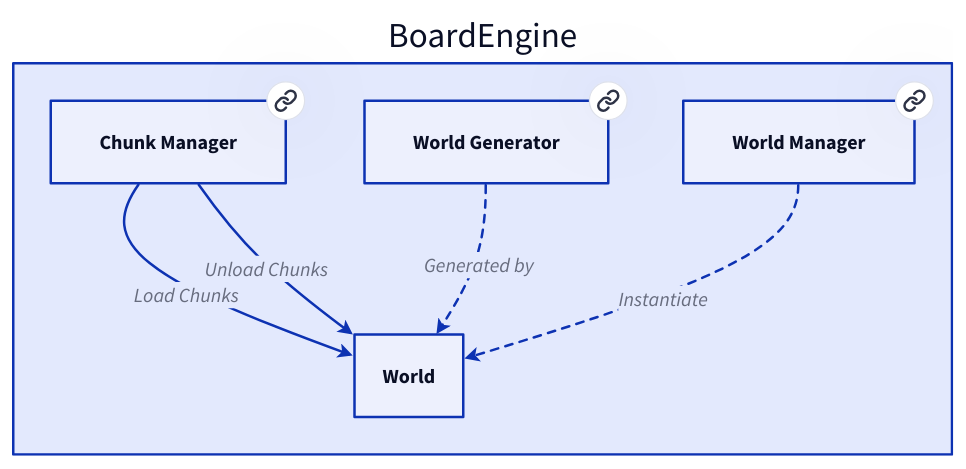
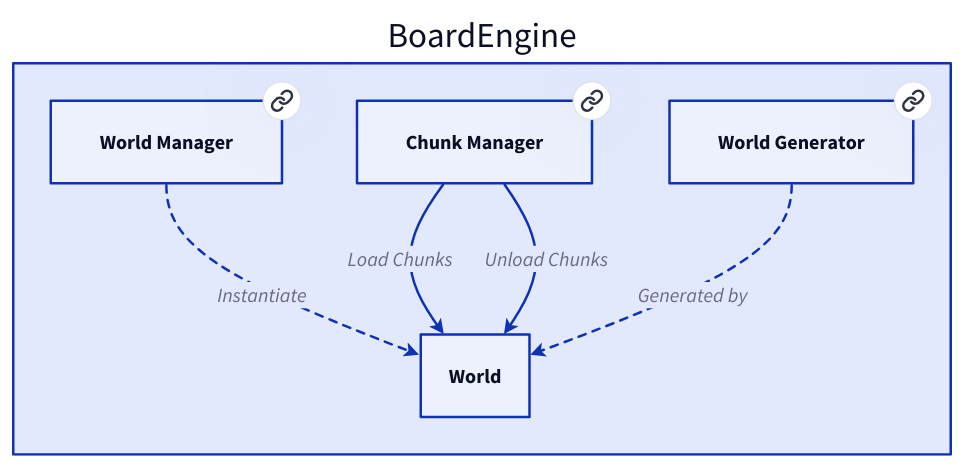
One commit to Portevent/Brume-Documentation changed the diagram in doc/BoardEngine/World.md. Above: the diagram before and after it, drawn with D2. The commit also changed other lines of this file and 90 other files, not shown here.

````diff
--- a/doc/BoardEngine/World.md
+++ b/doc/BoardEngine/World.md
@@ -11,33 +11,33 @@
 ```d2
 # Nodes :
 BoardEngine: {
-    ChunkManager: Chunk Manager {
-       link: ChunkManager
+    WorldGenerator: World Generator {
+       link: WorldGenerator
     }
     WorldManager: World Manager {
        link: WorldManager
     }
-    WorldGenerator: World Generator {
-       link: WorldGenerator
+    ChunkManager: Chunk Manager {
+       link: ChunkManager
     }
 }
 
 # Links :
+BoardEngine.WorldManager -> BoardEngine.World: Instantiate {style.stroke-dash: 3
+source-arrowhead: {}
+target-arrowhead: {shape: arrow}
+}
 BoardEngine.ChunkManager -> BoardEngine.World: Load Chunks {
 source-arrowhead: {}
 target-arrowhead: {shape: arrow}
 }
 BoardEngine.ChunkManager -> BoardEngine.World: Unload Chunks {
 source-arrowhead: {}
 target-arrowhead: {shape: arrow}
 }
 BoardEngine.WorldGenerator -> BoardEngine.World: Generated by {style.stroke-dash: 3
 source-arrowhead: {}
 target-arrowhead: {shape: arrow}
 }
-BoardEngine.WorldManager -> BoardEngine.World: Instantiate {style.stroke-dash: 3
-source-arrowhead: {}
-target-arrowhead: {shape: arrow}
-}
 
 ```
````
